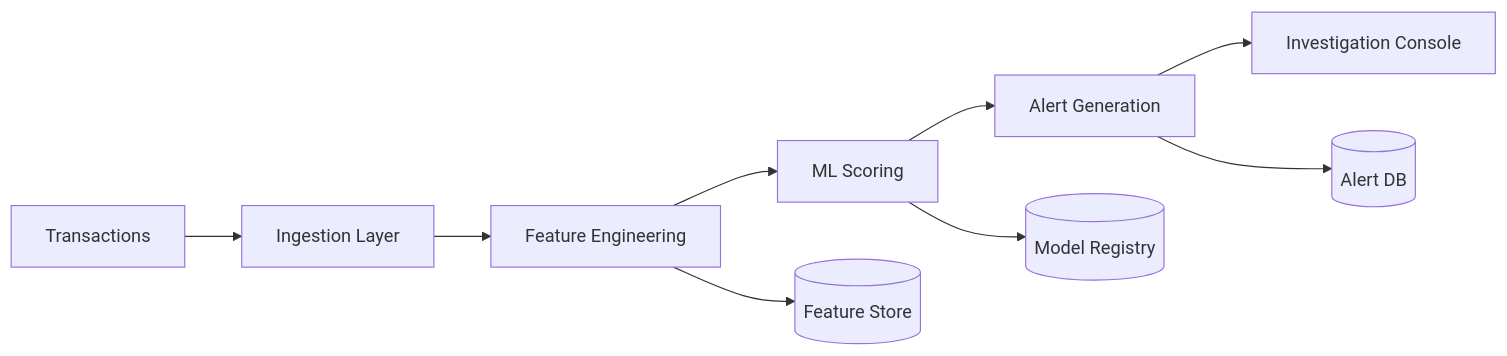
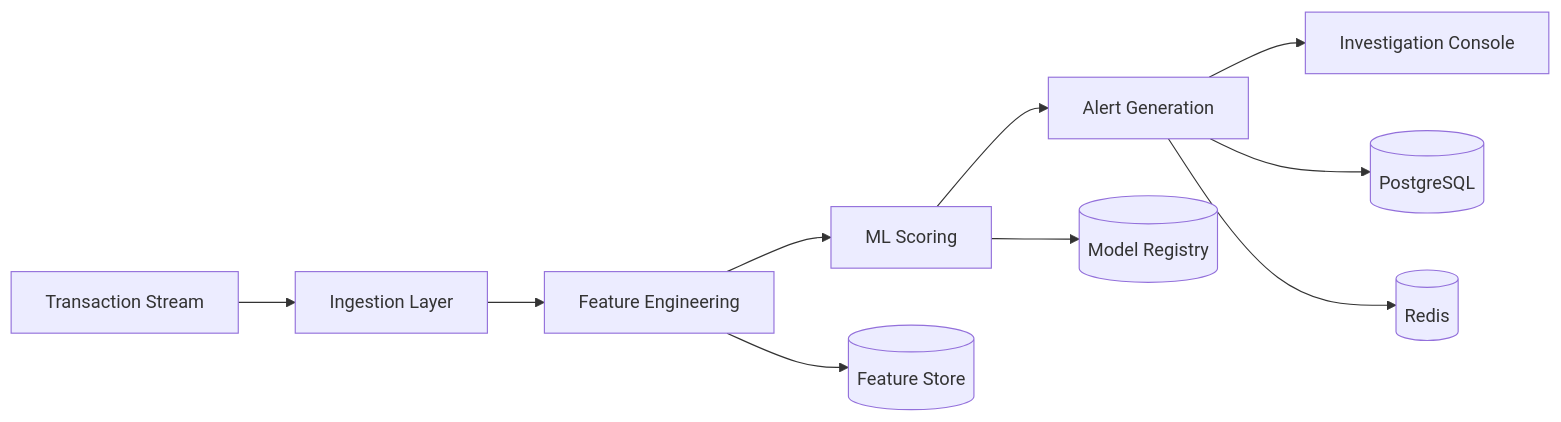
One commit to rayamoh/slalom-vibecoding changed the second of 4 diagrams in memory-bank/systemPatterns.md. Above: the diagram before and after it, drawn with Mermaid. The commit also changed other lines of this file and 6 other files, not shown here.

````diff
--- a/memory-bank/systemPatterns.md
+++ b/memory-bank/systemPatterns.md
@@ -12,11 +33,12 @@
 ```mermaid
 flowchart LR
-    Txn[Transactions] --> Ingest[Ingestion Layer]
+    Txn[Transaction Stream] --> Ingest[Ingestion Layer]
     Ingest --> Feature[Feature Engineering]
     Feature --> ML[ML Scoring]
     ML --> Alert[Alert Generation]
     Alert --> Console[Investigation Console]
     Feature --> FS[(Feature Store)]
     ML --> Registry[(Model Registry)]
-    Alert --> DB[(Alert DB)]
+    Alert --> DB[(PostgreSQL)]
+    Alert --> Cache[(Redis)]
 ```
````
